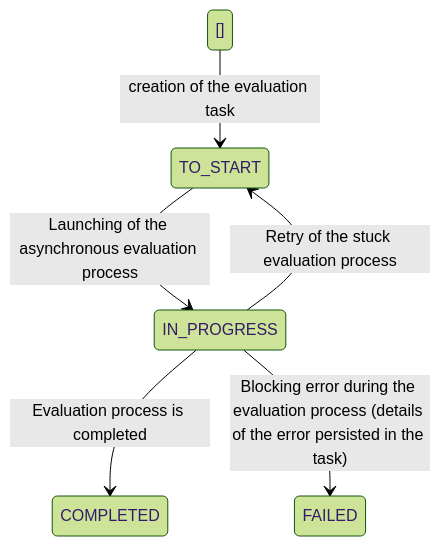
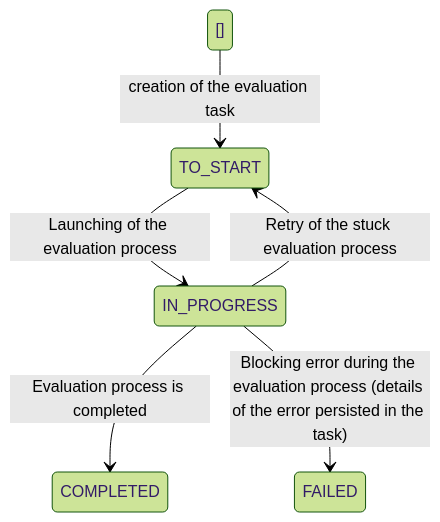
The third of 3 diagrams in services/documentation/content/3-technical-documentation/4-backend_documentation/2-api_documentation/2-evaluation/api_evaluating_digital_service.md (teamg4it/g4it), drawn with Mermaid (forest theme) before and after one commit. The commit also changed other lines of this file and 9 other files, not shown here.

```diff
--- a/services/documentation/content/3-technical-documentation/4-backend_documentation/2-api_documentation/2-evaluation/api_evaluating_digital_service.md
+++ b/services/documentation/content/3-technical-documentation/4-backend_documentation/2-api_documentation/2-evaluation/api_evaluating_digital_service.md
@@ -148,9 +147,9 @@
 {{< mermaid align="center">}}
 
 stateDiagram-v2
 [] --> TO_START: creation of the evaluation task
-TO_START --> IN_PROGRESS: Launching of the asynchronous evaluation process
+TO_START --> IN_PROGRESS: Launching of the evaluation process
 IN_PROGRESS --> COMPLETED: Evaluation process is completed
 IN_PROGRESS --> FAILED : Blocking error during the evaluation process (details of the error persisted in the task)
 IN_PROGRESS --> TO_START : Retry of the stuck evaluation process
 {{</ mermaid >}}
```
